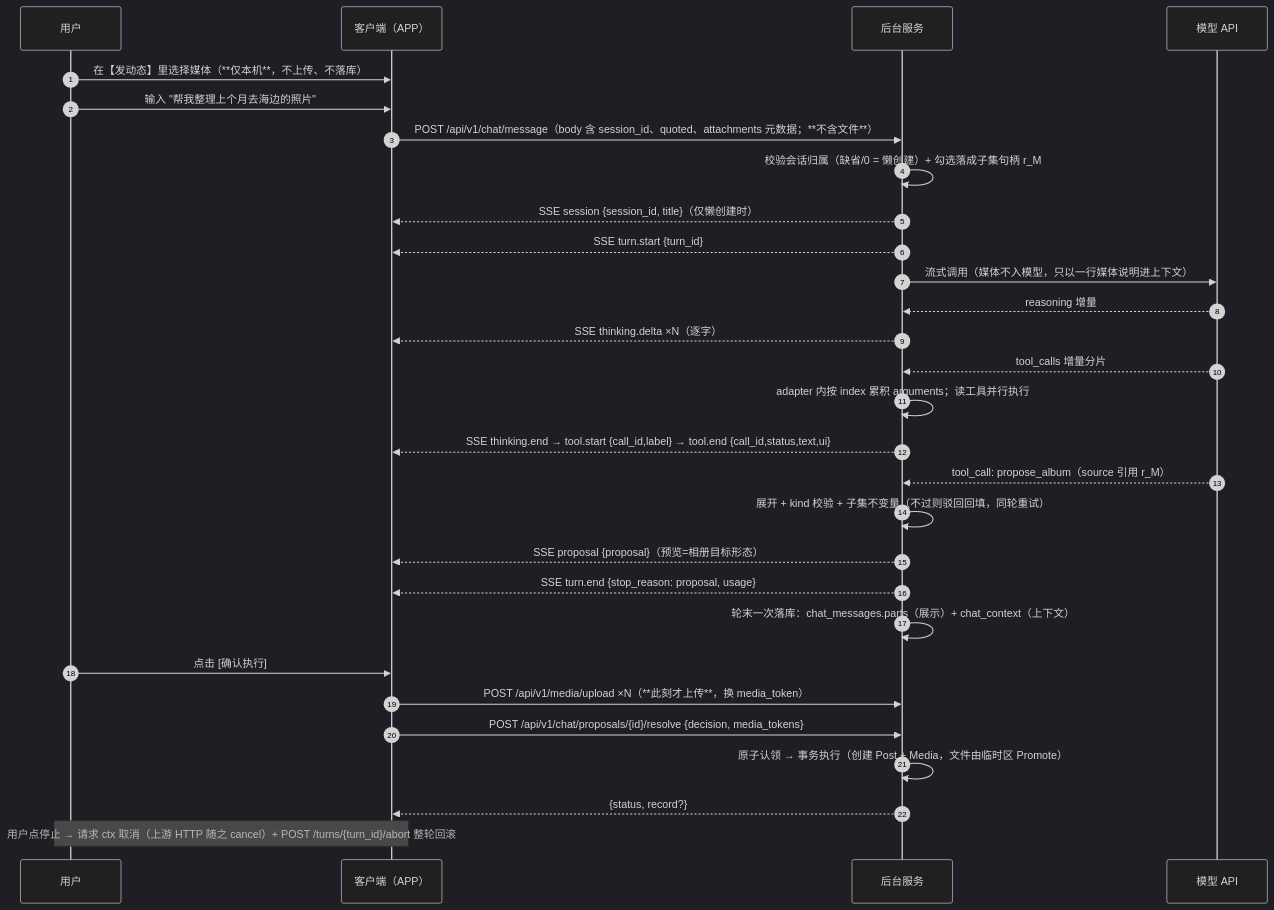
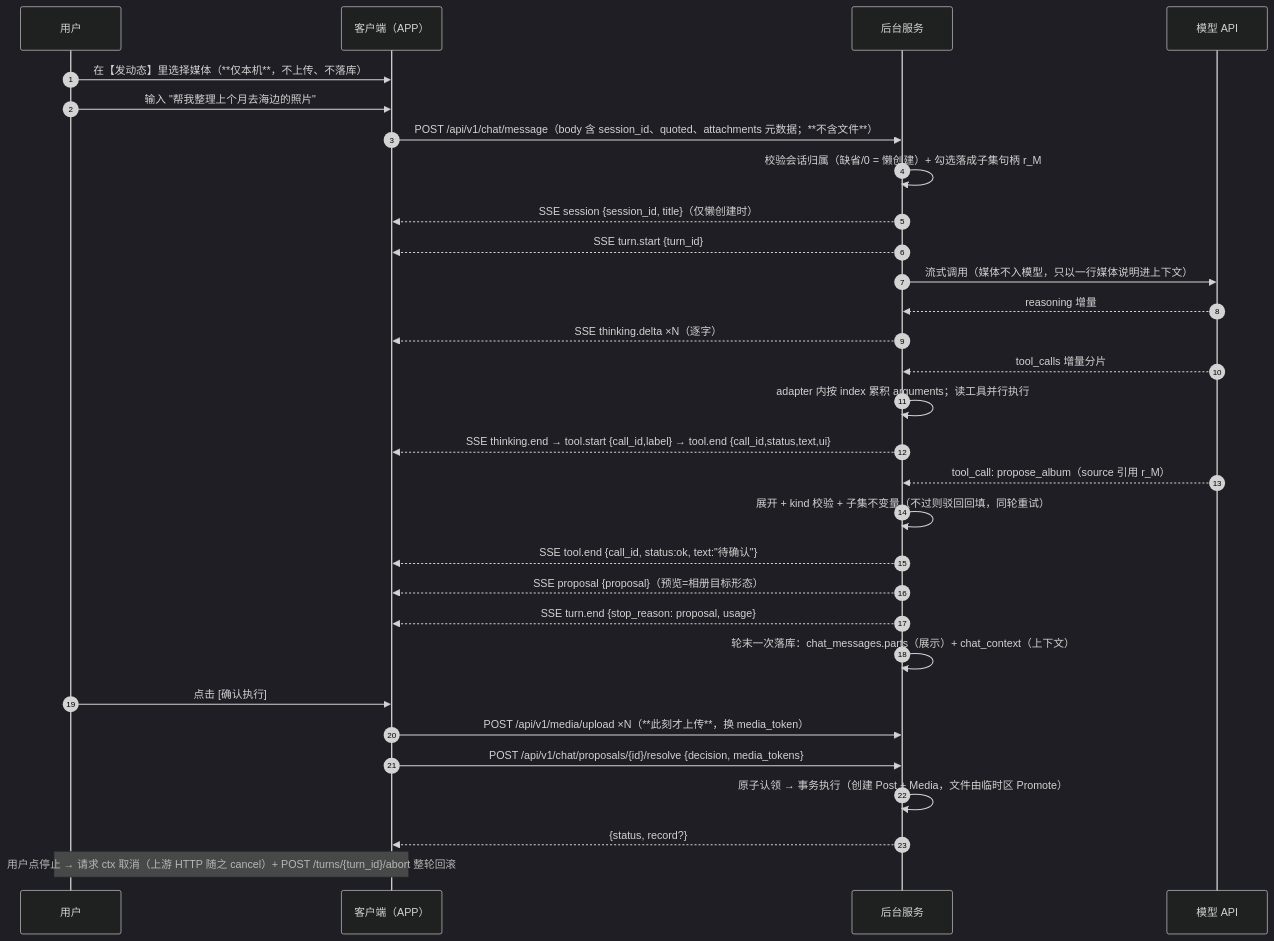
Before and after one commit to bookandmusic/love-life: the diagram in docs/design/AI模式设计.md, drawn with Mermaid (dark theme). The commit also changed other lines of this file and 2 other files, not shown here.

````diff
--- a/docs/design/AI模式设计.md
+++ b/docs/design/AI模式设计.md
@@ -201,31 +201,32 @@
 ```mermaid
 sequenceDiagram
     autonumber
     participant U as 用户
     participant C as 客户端（APP）
     participant S as 后台服务
     participant M as 模型 API
     U->>C: 在【发动态】里选择媒体（**仅本机**，不上传、不落库）
     U->>C: 输入 "帮我整理上个月去海边的照片"
     C->>S: POST /api/v1/chat/message（body 含 session_id、quoted、attachments 元数据；**不含文件**）
     S->>S: 校验会话归属（缺省/0 = 懒创建）+ 勾选落成子集句柄 r_M
     S-->>C: SSE session {session_id, title}（仅懒创建时）
     S-->>C: SSE turn.start {turn_id}
     S->>M: 流式调用（媒体不入模型，只以一行媒体说明进上下文）
     M-->>S: reasoning 增量
     S-->>C: SSE thinking.delta ×N（逐字）
     M-->>S: tool_calls 增量分片
     S->>S: adapter 内按 index 累积 arguments；读工具并行执行
     S-->>C: SSE thinking.end → tool.start {call_id,label} → tool.end {call_id,status,text,ui}
     M-->>S: tool_call: propose_album（source 引用 r_M）
     S->>S: 展开 + kind 校验 + 子集不变量（不过则驳回回填，同轮重试）
+    S-->>C: SSE tool.end {call_id, status:ok, text:"待确认"}
     S-->>C: SSE proposal {proposal}（预览=相册目标形态）
     S-->>C: SSE turn.end {stop_reason: proposal, usage}
     S->>S: 轮末一次落库：chat_messages.parts（展示）+ chat_context（上下文）
     U->>C: 点击 [确认执行]
     C->>S: POST /api/v1/media/upload ×N（**此刻才上传**，换 media_token）
     C->>S: POST /api/v1/chat/proposals/{id}/resolve {decision, media_tokens}
     S->>S: 原子认领 → 事务执行（创建 Post + Media，文件由临时区 Promote）
     S-->>C: {status, record?}
     Note over U,C: 用户点停止 → 请求 ctx 取消（上游 HTTP 随之 cancel）+ POST /turns/{turn_id}/abort 整轮回滚
 ```
````
